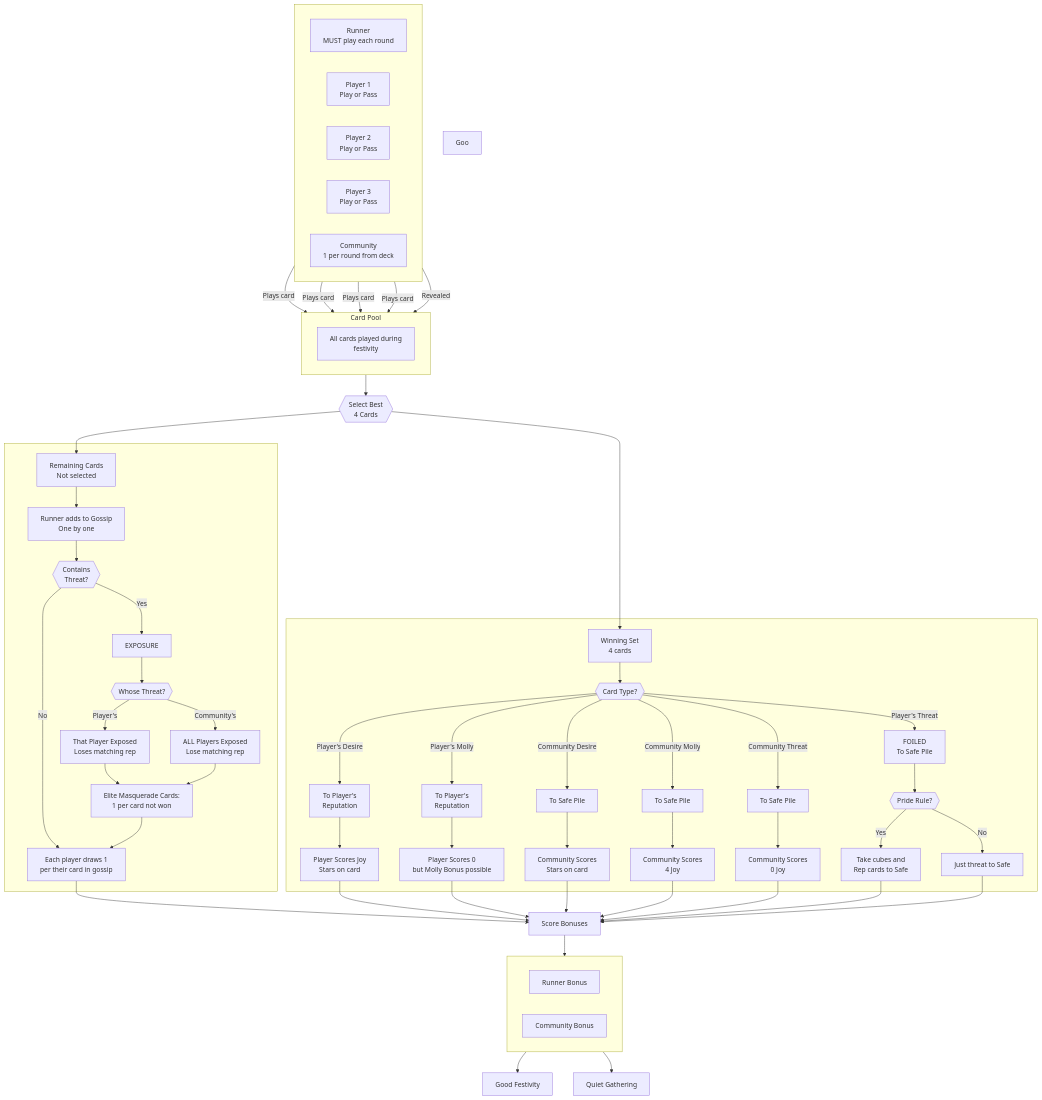
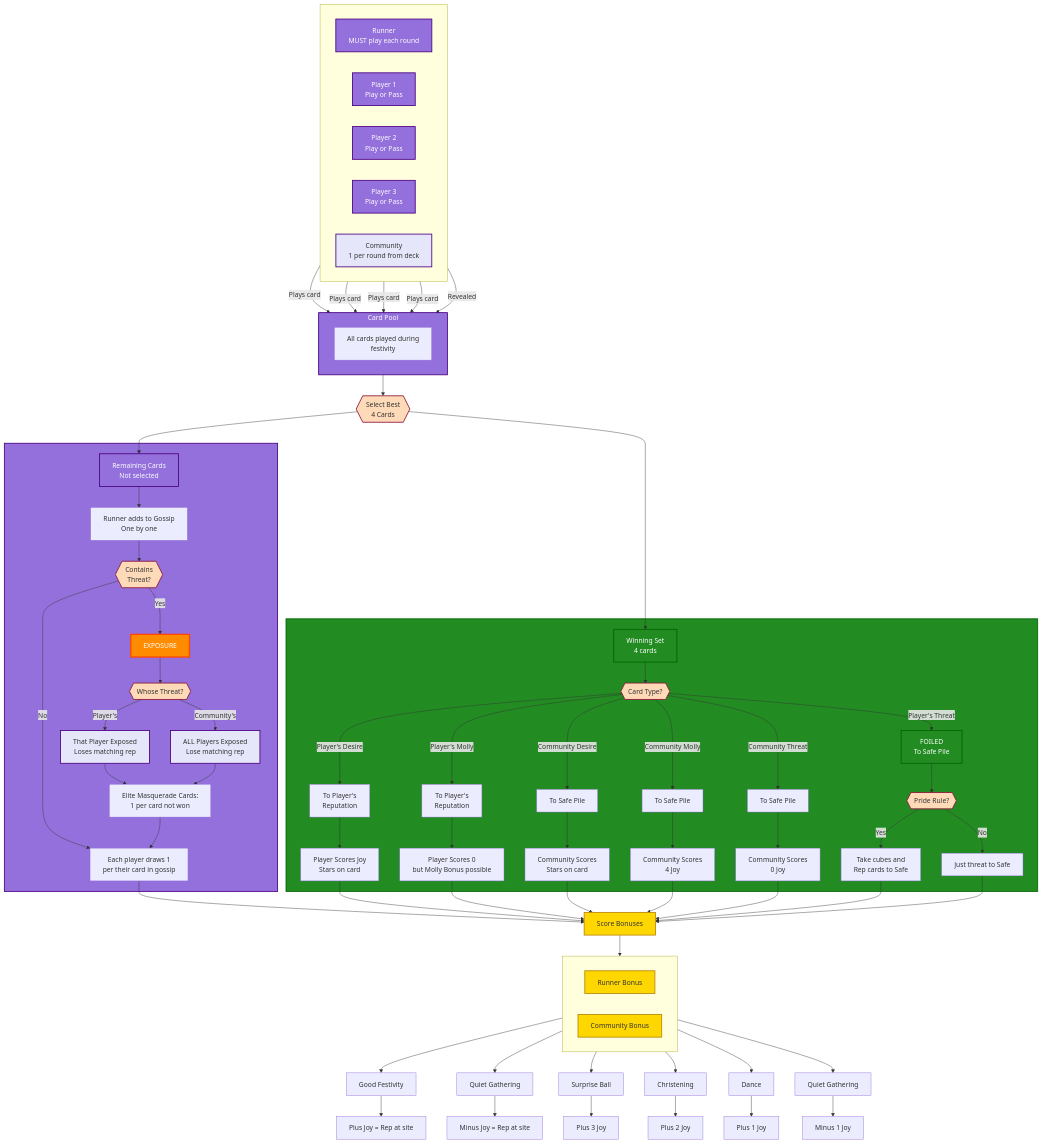
One commit to stoutpanda/molly_house_references changed the diagram in festivity_guide_diagram.mmd. Above: the diagram before and after it, drawn with Mermaid.

```diff
--- a/festivity_guide_diagram.mmd
+++ b/festivity_guide_diagram.mmd
@@ -1,99 +1,132 @@
 flowchart TD
     %% Top Header Row
     subgraph header[" "]
         direction LR
         Runner["Runner<br/>MUST play each round"]
         P1["Player 1<br/>Play or Pass"]
         P2["Player 2<br/>Play or Pass"]
         P3["Player 3<br/>Play or Pass"]
         Community["Community<br/>1 per round from deck"]
     end
     
     %% Card Pool
     subgraph pool["Card Pool"]
         AllCards["All cards played during<br/>festivity"]
     end
     
     Runner -->|Plays card| pool
     P1 -->|Plays card| pool
     P2 -->|Plays card| pool
     P3 -->|Plays card| pool
     Community -->|Revealed| pool
     
     %% Selection
     pool --> SelectBest{{"Select Best<br/>4 Cards"}}
     
     %% Two main branches
     SelectBest --> RemCards
     SelectBest --> WinningSet
     
     %% LEFT BRANCH - Remaining Cards
     subgraph left[" "]
         RemCards["Remaining Cards<br/>Not selected"]
         
         RemCards --> RunnerGossip["Runner adds to Gossip<br/>One by one"]
         
         RunnerGossip --> CheckThreat{{"Contains<br/>Threat?"}}
         
         CheckThreat -->|Yes| EXPOSURE["EXPOSURE"]
         CheckThreat -->|No| DrawPlayers
         
         EXPOSURE --> WhoseThreat{{"Whose Threat?"}}
         
         WhoseThreat -->|Player's| PlayerExposed["That Player Exposed<br/>Loses matching rep"]
         WhoseThreat -->|Community's| AllExposed["ALL Players Exposed<br/>Lose matching rep"]
         
         PlayerExposed --> EliteMasq["Elite Masquerade Cards:<br/>1 per card not won"]
         AllExposed --> EliteMasq
         
         EliteMasq --> DrawPlayers["Each player draws 1<br/>per their card in gossip"]
     end
     
     %% RIGHT BRANCH - Winning Set
     subgraph right[" "]
         WinningSet["Winning Set<br/>4 cards"]
         
         WinningSet --> CardType{{"Card Type?"}}
         
         CardType -->|Player's Desire| PlayerDesire["To Player's<br/>Reputation"]
         CardType -->|Player's Molly| PlayerMolly["To Player's<br/>Reputation"]
         CardType -->|Community Desire| CommDesire["To Safe Pile"]
         CardType -->|Community Molly| CommMolly["To Safe Pile"]
         CardType -->|Community Threat| CommThreat["To Safe Pile"]
         CardType -->|Player's Threat| PlayerThreat["FOILED<br/>To Safe Pile"]
         
         PlayerDesire --> ScoreJoy["Player Scores Joy<br/>Stars on card"]
         PlayerMolly --> MollyBonus["Player Scores 0<br/>but Molly Bonus possible"]
         CommDesire --> CommScore["Community Scores<br/>Stars on card"]
         CommMolly --> CommScore2["Community Scores<br/>4 Joy"]
         CommThreat --> CommScore3["Community Scores<br/>0 Joy"]
         PlayerThreat --> PrideRule{{"Pride Rule?"}}
         
         PrideRule -->|Yes| TakeCubes["Take cubes and<br/>Rep cards to Safe"]
         PrideRule -->|No| JustThreat["Just threat to Safe"]
     end
     
     %% Bottom Score Bonuses Section
     DrawPlayers --> ScoreBonuses["Score Bonuses"]
     ScoreJoy --> ScoreBonuses
     MollyBonus --> ScoreBonuses
     CommScore --> ScoreBonuses
     CommScore2 --> ScoreBonuses
     CommScore3 --> ScoreBonuses
     TakeCubes --> ScoreBonuses
     JustThreat --> ScoreBonuses
     
     %% Bonus Types
     subgraph bonuses[" "]
         direction LR
         RunnerBonus["Runner Bonus"]
         CommunityBonus["Community Bonus"]
     end
     
     ScoreBonuses --> bonuses
     
     %% Runner Bonus Details
     RunnerBonus --> GoodFestivity["Good Festivity"]
     RunnerBonus --> QuietGathering["Quiet Gathering"]
     
-    Goo
+    GoodFestivity --> PlusJoyRep["Plus Joy = Rep at site"]
+    QuietGathering --> MinusJoyRep["Minus Joy = Rep at site"]
+    
+    %% Community Bonus Details
+    CommunityBonus --> SurpriseBall["Surprise Ball"]
+    CommunityBonus --> Christening["Christening"]
+    CommunityBonus --> Dance["Dance"]
+    CommunityBonus --> QuietGatheringComm["Quiet Gathering"]
+    
+    SurpriseBall --> Plus3Joy["Plus 3 Joy"]
+    Christening --> Plus2Joy["Plus 2 Joy"]
+    Dance --> Plus1Joy["Plus 1 Joy"]
+    QuietGatheringComm --> Minus1Joy["Minus 1 Joy"]
+    
+    %% Styling to match PNG
+    classDef purple fill:#9370DB,stroke:#4B0082,stroke-width:2px,color:#fff
+    classDef lightPurple fill:#E6E6FA,stroke:#4B0082,stroke-width:2px
+    classDef pink fill:#FFB6C1,stroke:#8B1538,stroke-width:2px
+    classDef orange fill:#FF8C00,stroke:#FF4500,stroke-width:3px,color:#fff
+    classDef green fill:#228B22,stroke:#006400,stroke-width:2px,color:#fff
+    classDef yellow fill:#FFD700,stroke:#B8860B,stroke-width:2px
+    classDef decision fill:#FFDAB9,stroke:#8B1538,stroke-width:2px
+    
+    class Runner,P1,P2,P3 purple
+    class Community lightPurple
+    class pool purple
+    class RemCards,left purple
+    class WinningSet,right green
+    class EXPOSURE orange
+    class PlayerExposed,AllExposed lightPurple
+    class PlayerThreat green
+    class SelectBest,CheckThreat,WhoseThreat,CardType,PrideRule decision
+    class ScoreBonuses yellow
+    class RunnerBonus,CommunityBonus yellow
```
